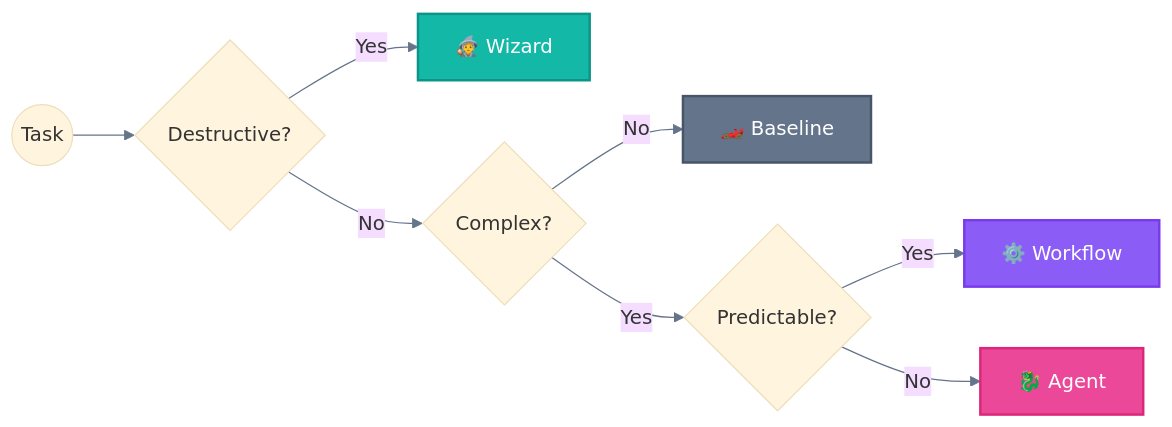
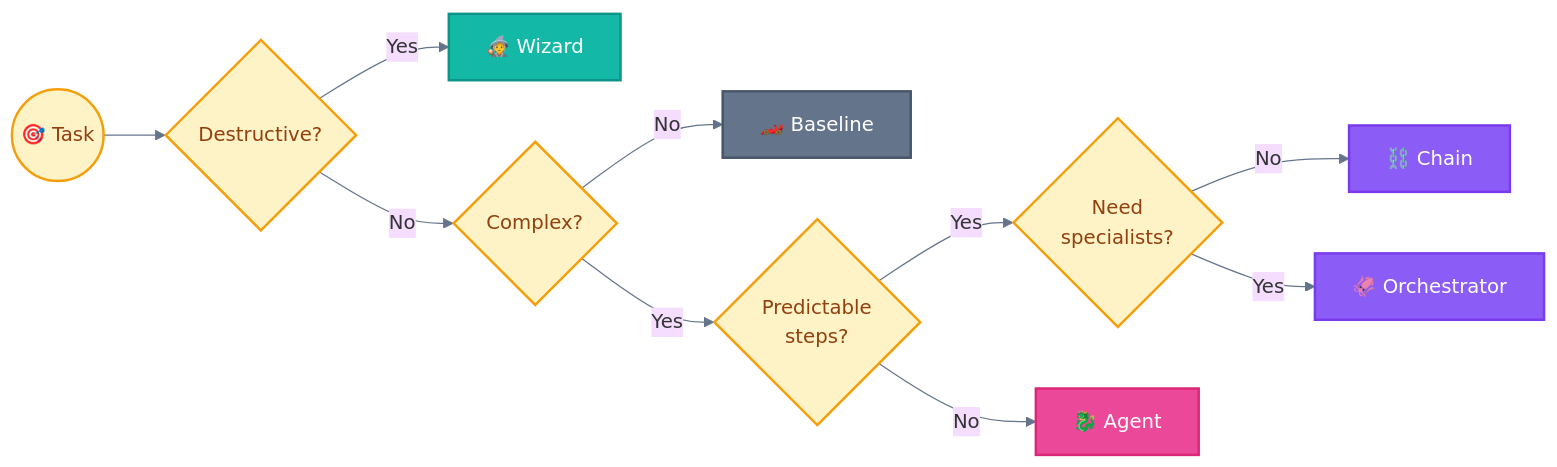
One commit to caioniehues/agentic-workflow-patterns changed the second of 4 diagrams in README.md. Above: the diagram before and after it, drawn with Mermaid. The commit also changed other lines of this file, not shown here.

First line of the commit message:
✨ feat: improve README with Mermaid diagrams and full navigation

````diff
--- a/README.md
+++ b/README.md
@@ -127,21 +122,31 @@
 ```mermaid
 %%{init: {'theme': 'base', 'themeVariables': {'lineColor': '#64748b'}}}%%
 flowchart LR
-    START((Task)) --> D{Destructive?}
-    D -->|Yes| WIZ[🧙 Wizard]
-    D -->|No| C{Complex?}
-    C -->|No| DIRECT[🏎️ Baseline]
-    C -->|Yes| P{Predictable?}
-    P -->|Yes| WORK[⚙️ Workflow]
-    P -->|No| AGENT[🐉 Agent]
+    START((🎯 Task)) --> DEST{Destructive?}
+    DEST -->|Yes| WIZ[🧙 Wizard]
+    DEST -->|No| COMP{Complex?}
+    COMP -->|No| BASE[🏎️ Baseline]
+    COMP -->|Yes| PRED{Predictable<br/>steps?}
+    PRED -->|Yes| WORK{Need<br/>specialists?}
+    PRED -->|No| AGENT[🐉 Agent]
+    WORK -->|No| CHAIN[⛓️ Chain]
+    WORK -->|Yes| ORCH[🦑 Orchestrator]
 
+    classDef default fill:#f8fafc,stroke:#64748b,stroke-width:1px,color:#1e293b
+    classDef decision fill:#fef3c7,stroke:#f59e0b,stroke-width:2px,color:#92400e
     classDef baseline fill:#64748b,stroke:#475569,stroke-width:2px,color:#ffffff
     classDef wizard fill:#14b8a6,stroke:#0d9488,stroke-width:2px,color:#ffffff
     classDef workflow fill:#8b5cf6,stroke:#7c3aed,stroke-width:2px,color:#ffffff
     classDef agent fill:#ec4899,stroke:#db2777,stroke-width:2px,color:#ffffff
 
-    DIRECT:::baseline
+    START:::decision
+    DEST:::decision
+    COMP:::decision
+    PRED:::decision
+    WORK:::decision
+    BASE:::baseline
     WIZ:::wizard
-    WORK:::workflow
+    CHAIN:::workflow
+    ORCH:::workflow
     AGENT:::agent
 ```
````
